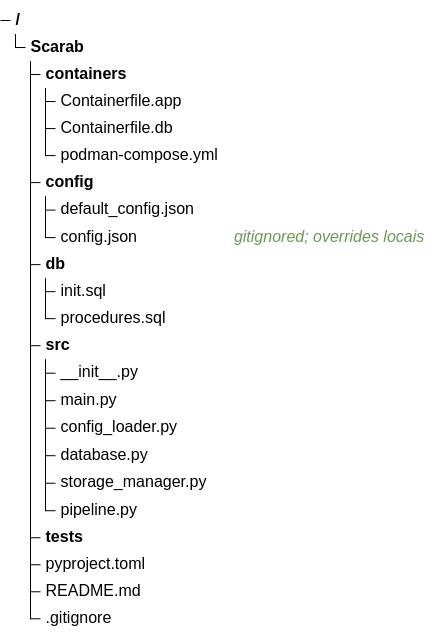
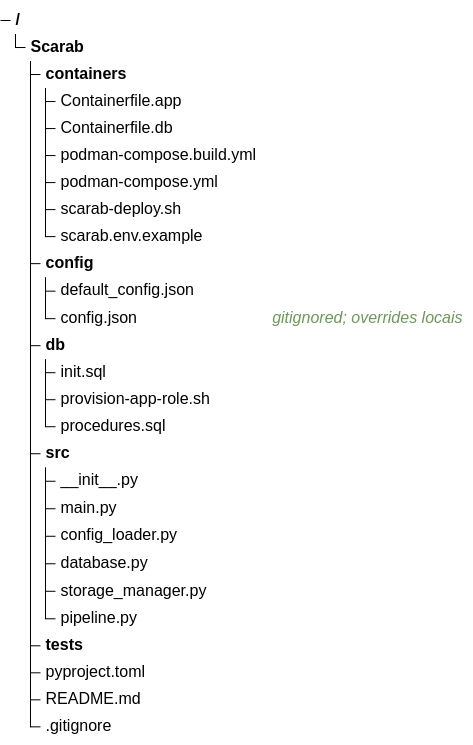
The second of 2 diagrams in README.md (InovaFiscaliza/Scarab), drawn with Mermaid (neutral theme) before and after one commit. The commit also changed other lines of this file and 19 other files, not shown here.

First line of the commit message:
feat(deploy): ✨ Introduce scarab-deploy script for installation and management - Adds installation, update, and test commands for managing Scarab instances - Supports both test and production environments with user-specific configurations

````diff
--- a/README.md
+++ b/README.md
@@ -76,25 +77,29 @@
 ```mermaid
 treeView-beta
     Scarab/
         containers/
             Containerfile.app
             Containerfile.db
+            podman-compose.build.yml
             podman-compose.yml
+            scarab-deploy.sh
+            scarab.env.example
         config/
             default_config.json
             config.json ## gitignored; overrides locais
         db/
             init.sql
+            provision-app-role.sh
             procedures.sql
         src/
             __init__.py
             main.py
             config_loader.py
             database.py
             storage_manager.py
             pipeline.py
         tests/
         pyproject.toml
         README.md
         .gitignore
 ```
````
